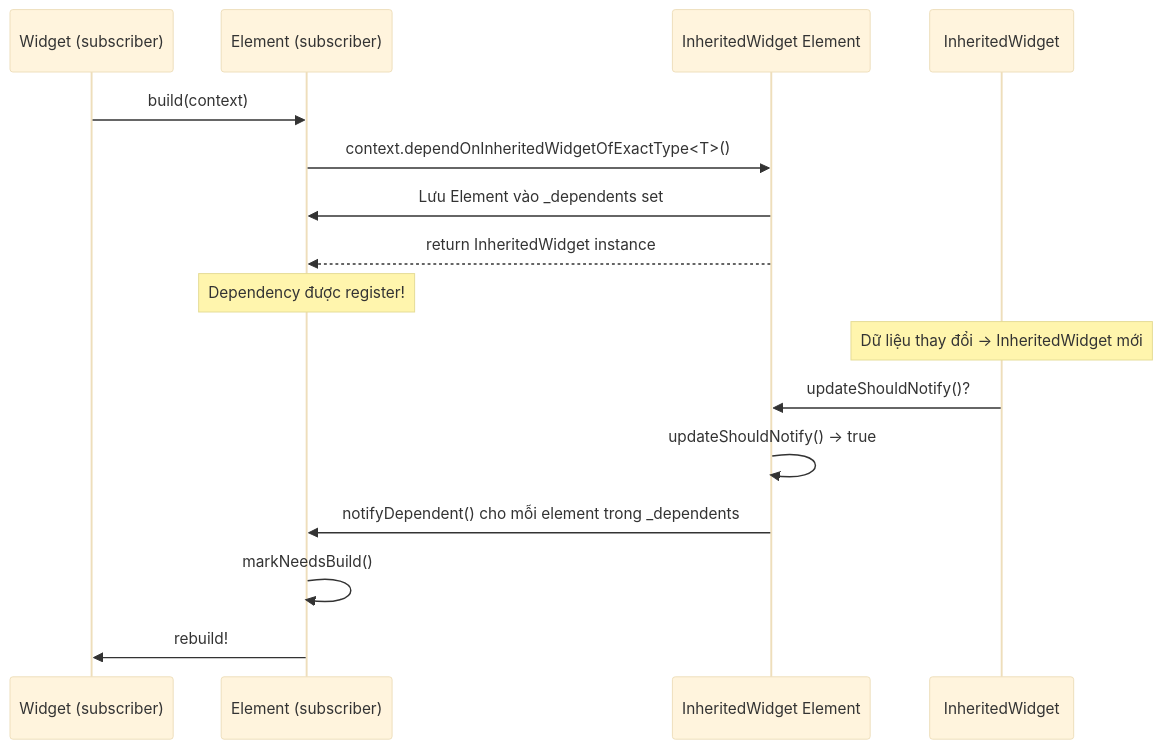
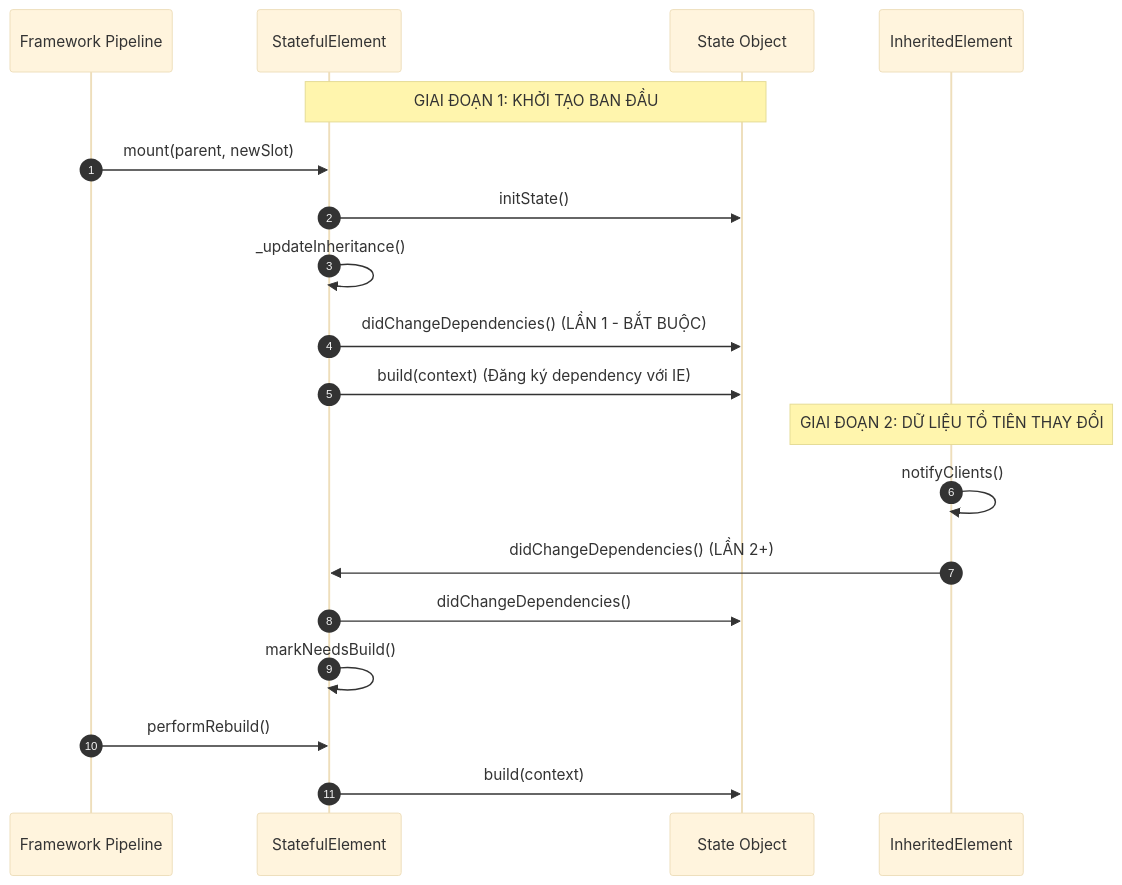
Before and after one commit to tr4n/learn-flutter: the diagram in flutter-fundamentals/05-data-passing-inherited-widget/02-dependoninheritedwidgetofexacttype.md, drawn with Mermaid (base theme). The commit also changed other lines of this file and 14 other files, not shown here.

Commit message:
docs: add fundamental learning notes for Flutter widget lifecycles, layout engine, and data passing

````diff
--- a/flutter-fundamentals/05-data-passing-inherited-widget/02-dependoninheritedwidgetofexacttype.md
+++ b/flutter-fundamentals/05-data-passing-inherited-widget/02-dependoninheritedwidgetofexacttype.md
@@ -37,22 +144,23 @@
 ```mermaid
 sequenceDiagram
-    participant Widget as Widget (subscriber)
-    participant Element as Element (subscriber)
-    participant IWElement as InheritedWidget Element
-    participant IW as InheritedWidget
+    autonumber
+    participant Engine as Framework Pipeline
+    participant E as StatefulElement
+    participant S as State Object
+    participant IE as InheritedElement
 
-    Widget->>Element: build(context)
-    Element->>IWElement: context.dependOnInheritedWidgetOfExactType<T>()
-    IWElement->>Element: Lưu Element vào _dependents set
-    IWElement-->>Element: return InheritedWidget instance
+    Note over E,S: GIAI ĐOẠN 1: KHỞI TẠO BAN ĐẦU
+    Engine->>E: mount(parent, newSlot)
+    E->>S: initState()
+    E->>E: _updateInheritance()
+    E->>S: didChangeDependencies() (LẦN 1 - BẮT BUỘC)
+    E->>S: build(context) (Đăng ký dependency với IE)
 
-    Note over Element: Dependency được register!
-
-    Note over IW: Dữ liệu thay đổi → InheritedWidget mới
-
-    IW->>IWElement: updateShouldNotify()?
-    IWElement->>IWElement: updateShouldNotify() → true
-    IWElement->>Element: notifyDependent() cho mỗi element trong _dependents
-    Element->>Element: markNeedsBuild()
-    Element->>Widget: rebuild!
+    Note over IE: GIAI ĐOẠN 2: DỮ LIỆU TỔ TIÊN THAY ĐỔI
+    IE->>IE: notifyClients()
+    IE->>E: didChangeDependencies() (LẦN 2+)
+    E->>S: didChangeDependencies()
+    E->>E: markNeedsBuild()
+    Engine->>E: performRebuild()
+    E->>S: build(context)
 ```
````
